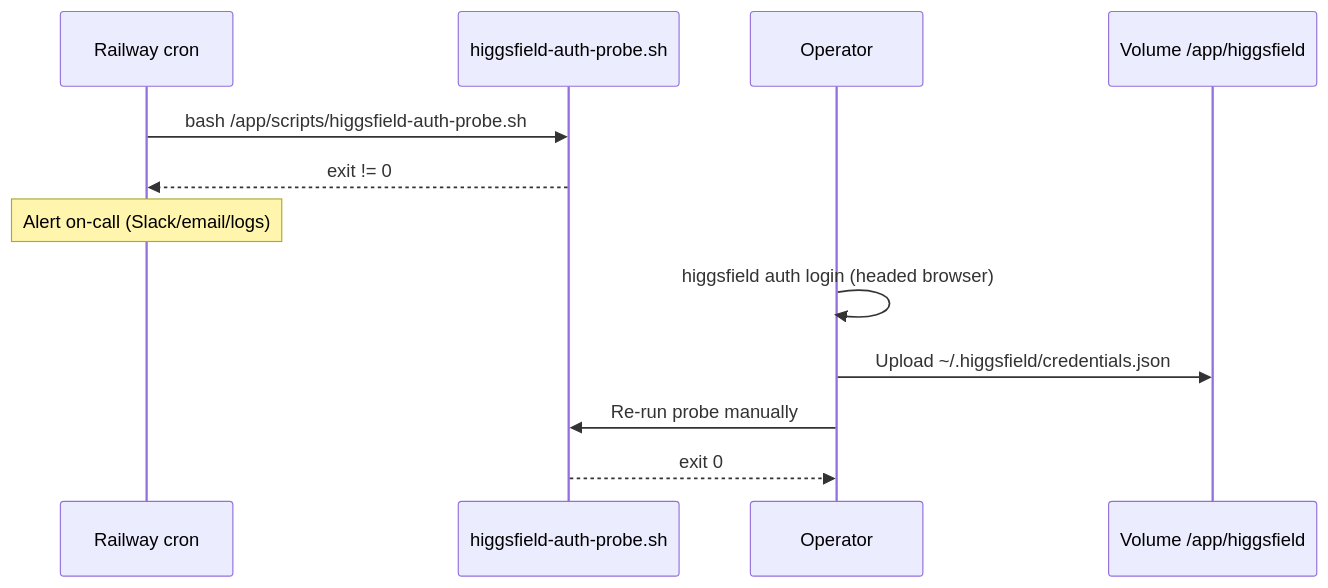
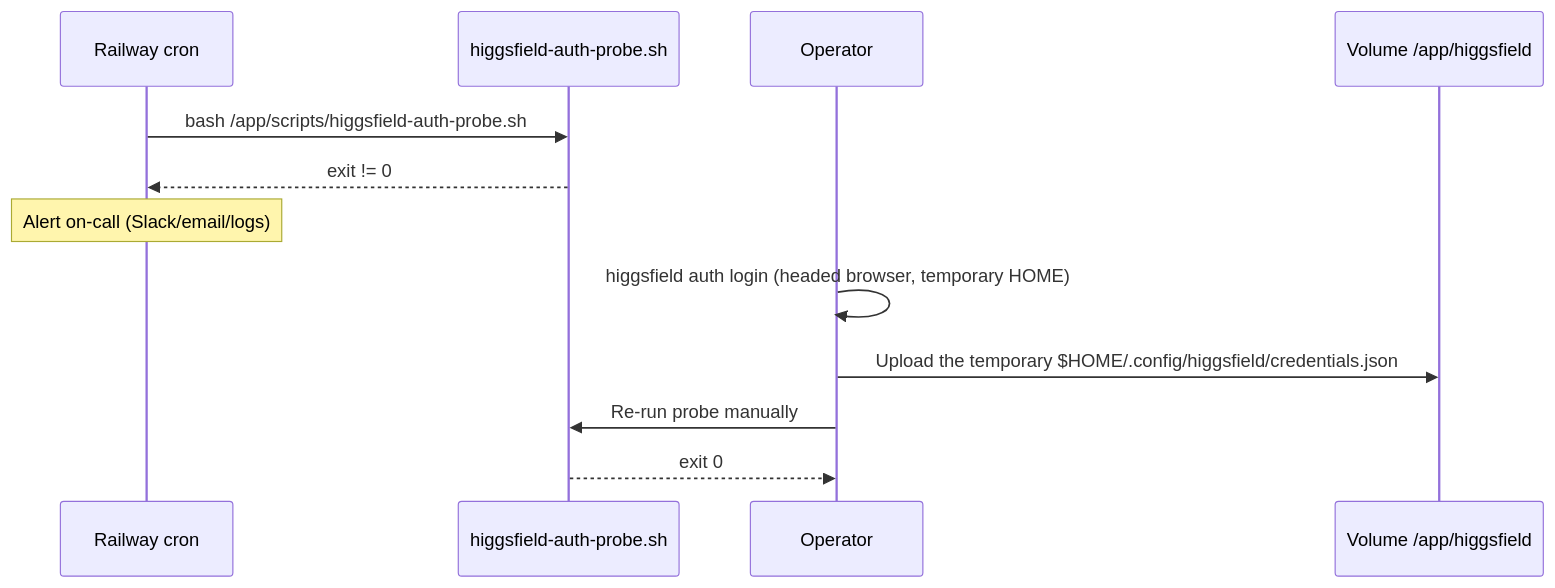
The diagram in web/services/pose-extract-server/docs/s1-auth-runbook.md (pnphongk23/posing-monorepo), drawn with Mermaid before and after one commit. The commit also changed other lines of this file and 3 other files, not shown here.

First line of the commit message:
fix(scripts): make the higgsfield auth probe prove the token, not just read it

````diff
--- a/web/services/pose-extract-server/docs/s1-auth-runbook.md
+++ b/web/services/pose-extract-server/docs/s1-auth-runbook.md
@@ -131,15 +155,15 @@
 ```mermaid
 sequenceDiagram
   participant Cron as Railway cron
   participant Probe as higgsfield-auth-probe.sh
   participant Human as Operator
   participant Vol as Volume /app/higgsfield
 
   Cron->>Probe: bash /app/scripts/higgsfield-auth-probe.sh
   Probe-->>Cron: exit != 0
   Note over Cron: Alert on-call (Slack/email/logs)
-  Human->>Human: higgsfield auth login (headed browser)
-  Human->>Vol: Upload ~/.higgsfield/credentials.json
+  Human->>Human: higgsfield auth login (headed browser, temporary HOME)
+  Human->>Vol: Upload the temporary $HOME/.config/higgsfield/credentials.json
   Human->>Probe: Re-run probe manually
   Probe-->>Human: exit 0
 ```
````
